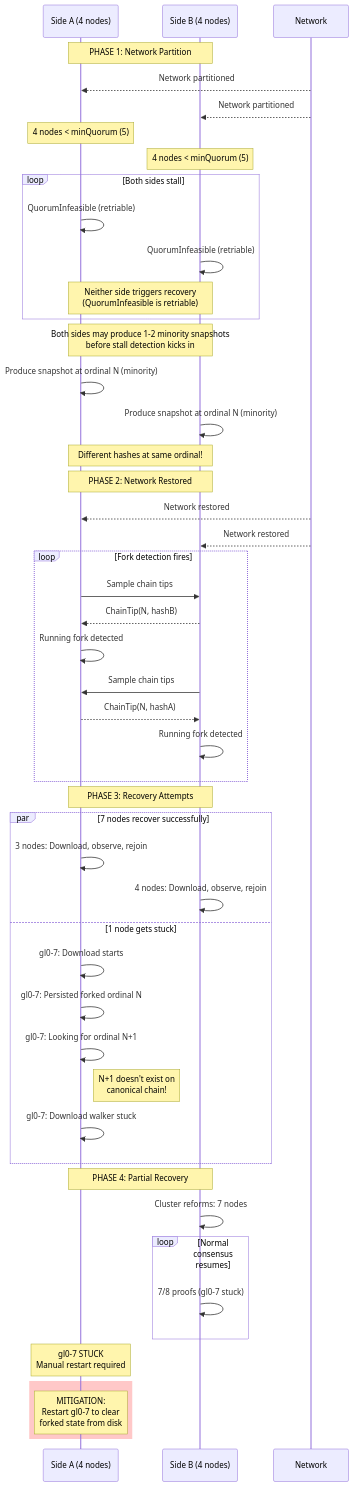
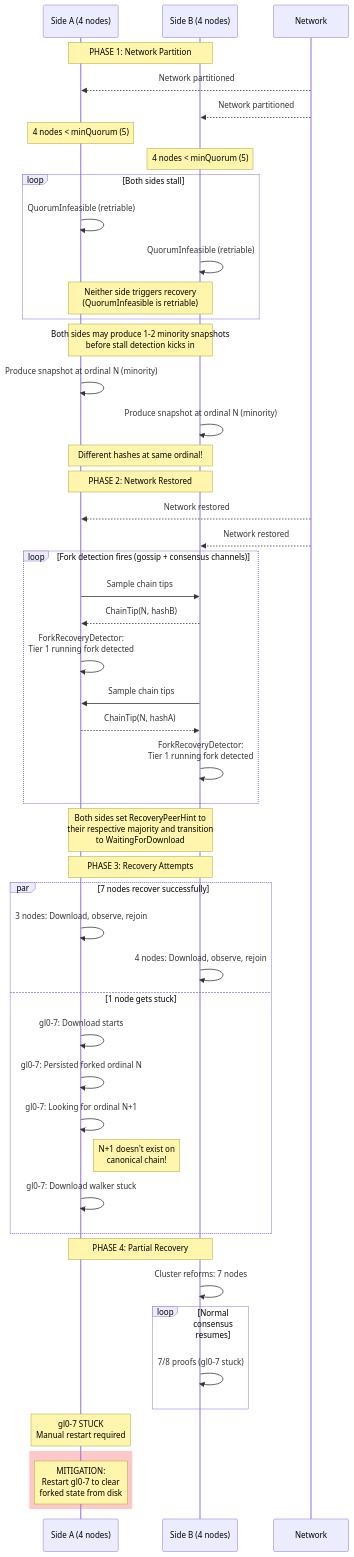
The diagram in docs/consensus/diagrams/sequence-kill4-limitation.md (Constellation-Labs/tessellation), drawn with Mermaid before and after one commit. The commit also changed 20 other files, not shown here.

First line of the commit message:
docs: refresh consensus docs and diagrams for fork-recovery followup

````diff
--- a/docs/consensus/diagrams/sequence-kill4-limitation.md
+++ b/docs/consensus/diagrams/sequence-kill4-limitation.md
@@ -5,69 +5,71 @@
 ```mermaid
 sequenceDiagram
     participant SideA as Side A (4 nodes)
     participant SideB as Side B (4 nodes)
     participant Network as Network
 
     Note over SideA,SideB: PHASE 1: Network Partition
 
     Network-->>SideA: Network partitioned
     Network-->>SideB: Network partitioned
     
     Note over SideA: 4 nodes < minQuorum (5)
     Note over SideB: 4 nodes < minQuorum (5)
 
     loop Both sides stall
         SideA->>SideA: QuorumInfeasible (retriable)
         SideB->>SideB: QuorumInfeasible (retriable)
         Note over SideA,SideB: Neither side triggers recovery<br/>(QuorumInfeasible is retriable)
     end
 
     Note over SideA,SideB: Both sides may produce 1-2 minority snapshots<br/>before stall detection kicks in
 
     SideA->>SideA: Produce snapshot at ordinal N (minority)
     SideB->>SideB: Produce snapshot at ordinal N (minority)
     
     Note over SideA,SideB: Different hashes at same ordinal!
 
     Note over SideA,SideB: PHASE 2: Network Restored
 
     Network-->>SideA: Network restored
     Network-->>SideB: Network restored
 
-    loop Fork detection fires
+    loop Fork detection fires (gossip + consensus channels)
         SideA->>SideB: Sample chain tips
         SideB-->>SideA: ChainTip(N, hashB)
-        SideA->>SideA: Running fork detected
+        SideA->>SideA: ForkRecoveryDetector:<br/>Tier 1 running fork detected
         
         SideB->>SideA: Sample chain tips
         SideA-->>SideB: ChainTip(N, hashA)
-        SideB->>SideB: Running fork detected
+        SideB->>SideB: ForkRecoveryDetector:<br/>Tier 1 running fork detected
     end
+
+    Note over SideA,SideB: Both sides set RecoveryPeerHint to<br/>their respective majority and transition<br/>to WaitingForDownload
 
     Note over SideA,SideB: PHASE 3: Recovery Attempts
 
     par 7 nodes recover successfully
         SideA->>SideA: 3 nodes: Download, observe, rejoin
         SideB->>SideB: 4 nodes: Download, observe, rejoin
     and 1 node gets stuck
         SideA->>SideA: gl0-7: Download starts
         SideA->>SideA: gl0-7: Persisted forked ordinal N
         SideA->>SideA: gl0-7: Looking for ordinal N+1
         Note right of SideA: N+1 doesn't exist on<br/>canonical chain!
         SideA->>SideA: gl0-7: Download walker stuck
     end
 
     Note over SideA,SideB: PHASE 4: Partial Recovery
 
     SideB->>SideB: Cluster reforms: 7 nodes
     
     loop Normal consensus resumes
         SideB->>SideB: 7/8 proofs (gl0-7 stuck)
     end
 
     Note over SideA: gl0-7 STUCK<br/>Manual restart required
 
     rect rgb(255, 200, 200)
         Note over SideA: MITIGATION:<br/>Restart gl0-7 to clear<br/>forked state from disk
     end
 ```
````
